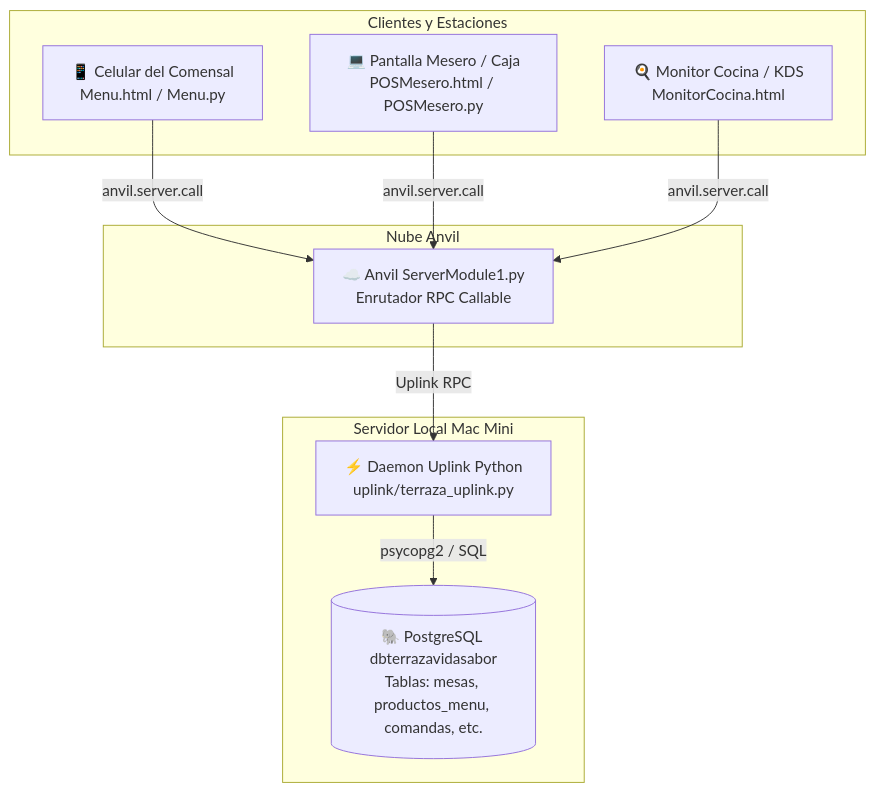
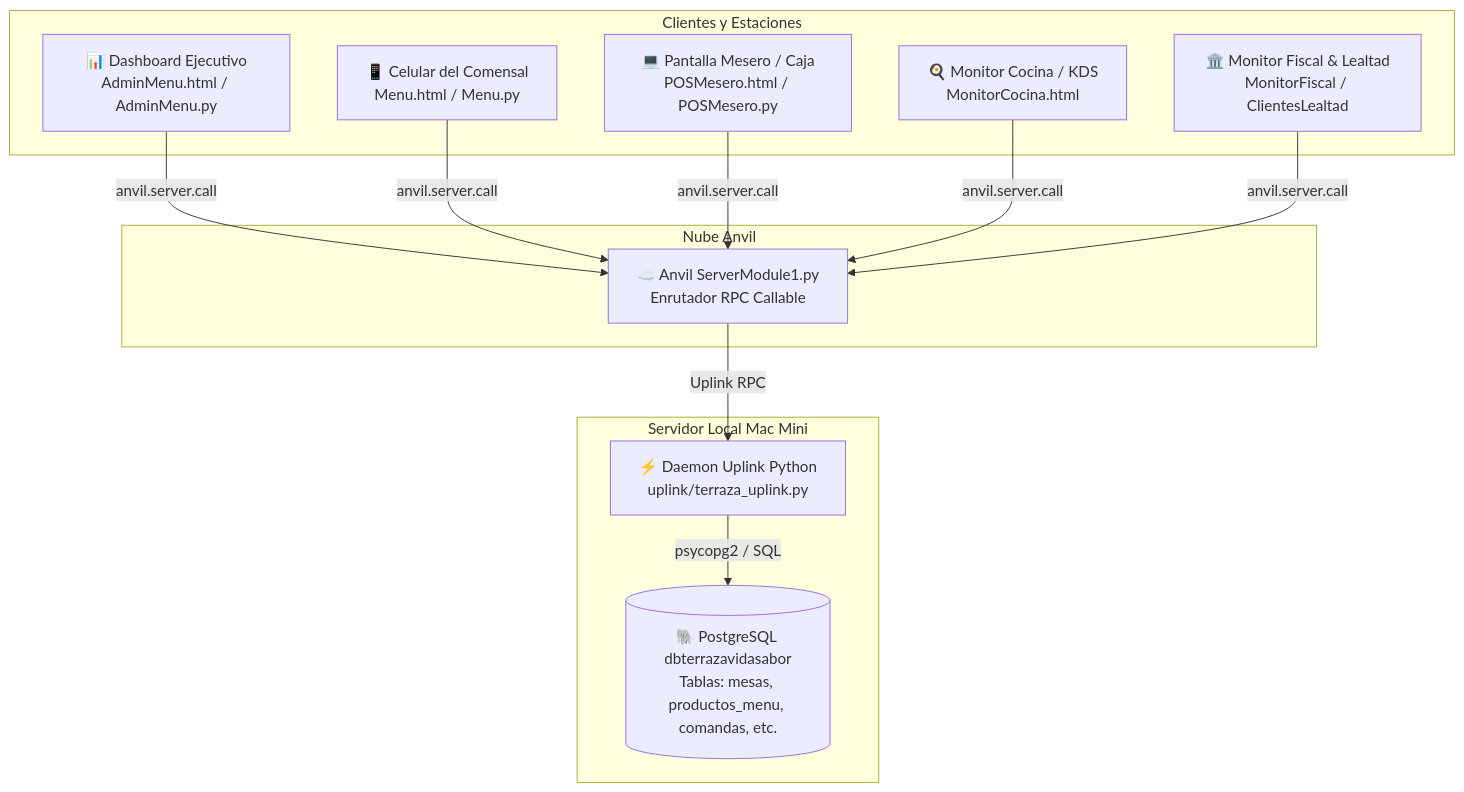
Before and after one commit to Jreyesh2024/terraza-vidasabor-system: the diagram in docs/ESTADO_PROYECTO_TERRAZA_VIDASABOR.md, drawn with Mermaid. The commit also changed other lines of this file and 1 other file, not shown here.

````diff
--- a/docs/ESTADO_PROYECTO_TERRAZA_VIDASABOR.md
+++ b/docs/ESTADO_PROYECTO_TERRAZA_VIDASABOR.md
@@ -24,23 +25,27 @@
 ```mermaid
 graph TD
   subgraph Clientes y Estaciones
+    Admin[📊 Dashboard Ejecutivo<br/>AdminMenu.html / AdminMenu.py]
     Phone[📱 Celular del Comensal<br/>Menu.html / Menu.py]
     PC_POS[💻 Pantalla Mesero / Caja<br/>POSMesero.html / POSMesero.py]
     PC_KDS[🍳 Monitor Cocina / KDS<br/>MonitorCocina.html]
+    Fiscal[🏛️ Monitor Fiscal & Lealtad<br/>MonitorFiscal / ClientesLealtad]
   end
 
   subgraph Nube Anvil
     AnvilCloud[☁️ Anvil ServerModule1.py<br/>Enrutador RPC Callable]
   end
 
   subgraph Servidor Local Mac Mini
     UplinkDaemon[⚡ Daemon Uplink Python<br/>uplink/terraza_uplink.py]
     PostgresDB[(🐘 PostgreSQL dbterrazavidasabor<br/>Tablas: mesas, productos_menu, comandas, etc.)]
   end
 
+  Admin -->|anvil.server.call| AnvilCloud
   Phone -->|anvil.server.call| AnvilCloud
   PC_POS -->|anvil.server.call| AnvilCloud
   PC_KDS -->|anvil.server.call| AnvilCloud
+  Fiscal -->|anvil.server.call| AnvilCloud
   AnvilCloud -->|Uplink RPC| UplinkDaemon
   UplinkDaemon -->|psycopg2 / SQL| PostgresDB
 ```
````
